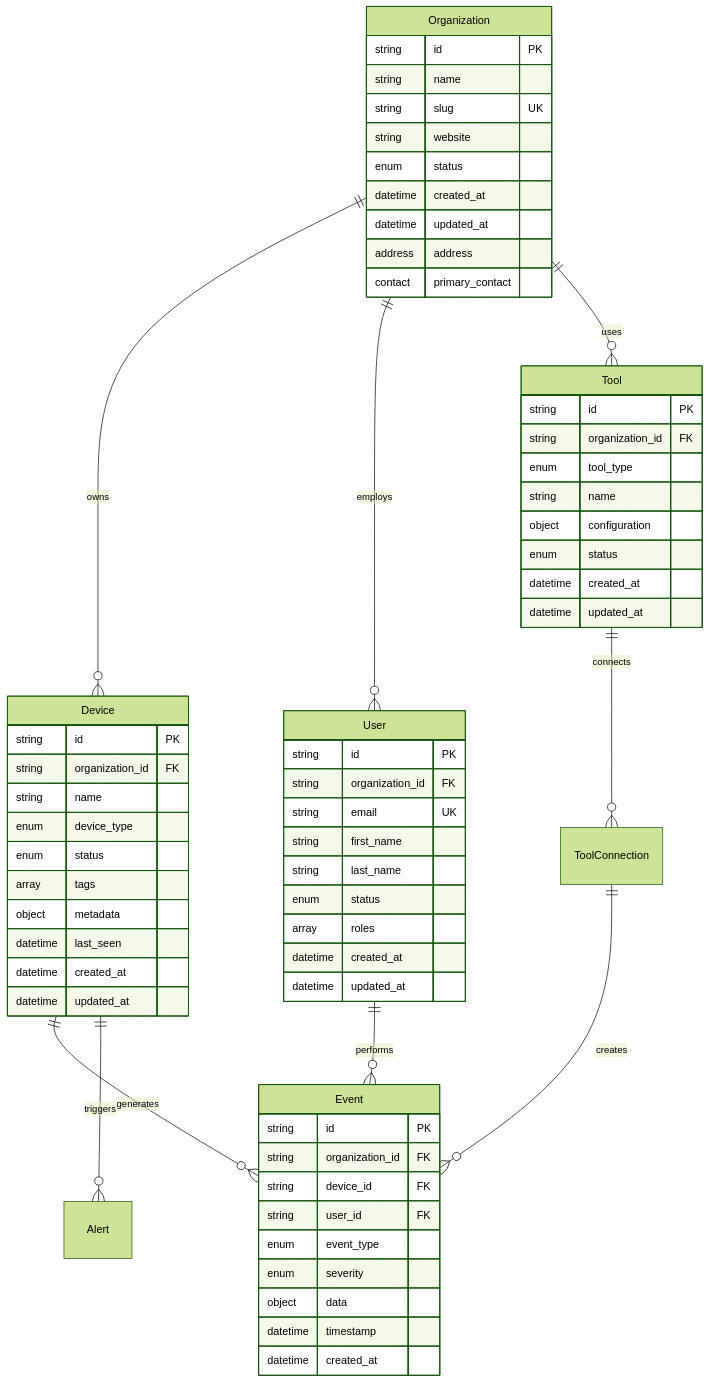
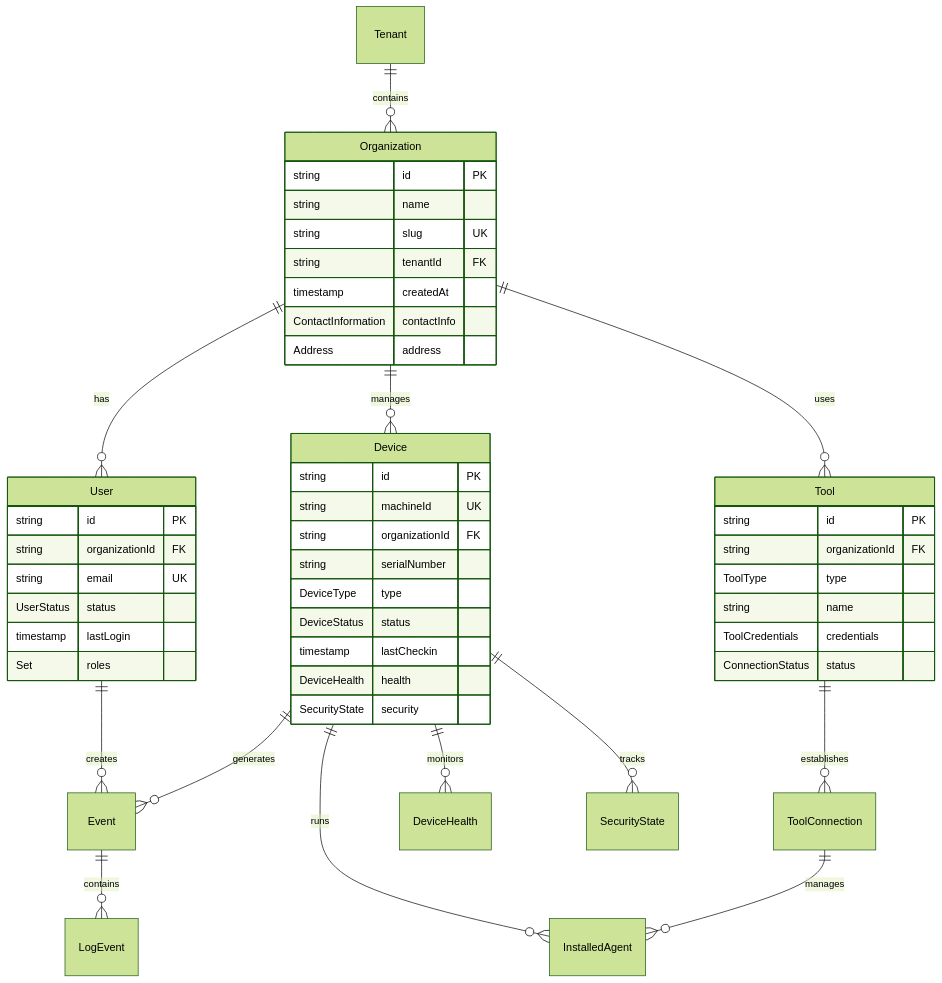
The third of 13 diagrams in docs/development/architecture/overview.md (flamingo-stack/openframe-oss-lib), drawn with Mermaid (forest theme) before and after one commit. The commit also changed other lines of this file and 130 other files, not shown here.

````diff
--- a/docs/development/architecture/overview.md
+++ b/docs/development/architecture/overview.md
@@ -348,71 +144,58 @@
 ```mermaid
 erDiagram
-    Organization ||--o{ Device : owns
-    Organization ||--o{ User : employs
+    Tenant ||--o{ Organization : contains
+    Organization ||--o{ User : has
+    Organization ||--o{ Device : manages
     Organization ||--o{ Tool : uses
+    
+    User ||--o{ Event : creates
     Device ||--o{ Event : generates
-    Device ||--o{ Alert : triggers
-    User ||--o{ Event : performs
-    Tool ||--o{ ToolConnection : connects
-    ToolConnection ||--o{ Event : creates
+    Device ||--o{ InstalledAgent : runs
+    
+    Tool ||--o{ ToolConnection : establishes
+    ToolConnection ||--o{ InstalledAgent : manages
+    
+    Event ||--o{ LogEvent : contains
+    Device ||--o{ DeviceHealth : monitors
+    Device ||--o{ SecurityState : tracks
     
     Organization {
         string id PK
         string name
         string slug UK
-        string website
-        enum status
-        datetime created_at
-        datetime updated_at
-        address address
-        contact primary_contact
+        string tenantId FK
+        timestamp createdAt
+        ContactInformation contactInfo
+        Address address
     }
     
     Device {
         string id PK
-        string organization_id FK
-        string name
-        enum device_type
-        enum status
-        array tags
-        object metadata
-        datetime last_seen
-        datetime created_at
-        datetime updated_at
+        string machineId UK
+        string organizationId FK
+        string serialNumber
+        DeviceType type
+        DeviceStatus status
+        timestamp lastCheckin
+        DeviceHealth health
+        SecurityState security
     }
     
     User {
         string id PK
-        string organization_id FK
+        string organizationId FK
         string email UK
-        string first_name
-        string last_name
-        enum status
-        array roles
-        datetime created_at
-        datetime updated_at
-    }
-    
-    Event {
-        string id PK
-        string organization_id FK
-        string device_id FK
-        string user_id FK
-        enum event_type
-        enum severity
-        object data
-        datetime timestamp
-        datetime created_at
+        UserStatus status
+        timestamp lastLogin
+        Set roles
     }
     
     Tool {
         string id PK
-        string organization_id FK
-        enum tool_type
+        string organizationId FK
+        ToolType type
         string name
-        object configuration
-        enum status
-        datetime created_at
-        datetime updated_at
+        ToolCredentials credentials
+        ConnectionStatus status
     }
 ```
````
